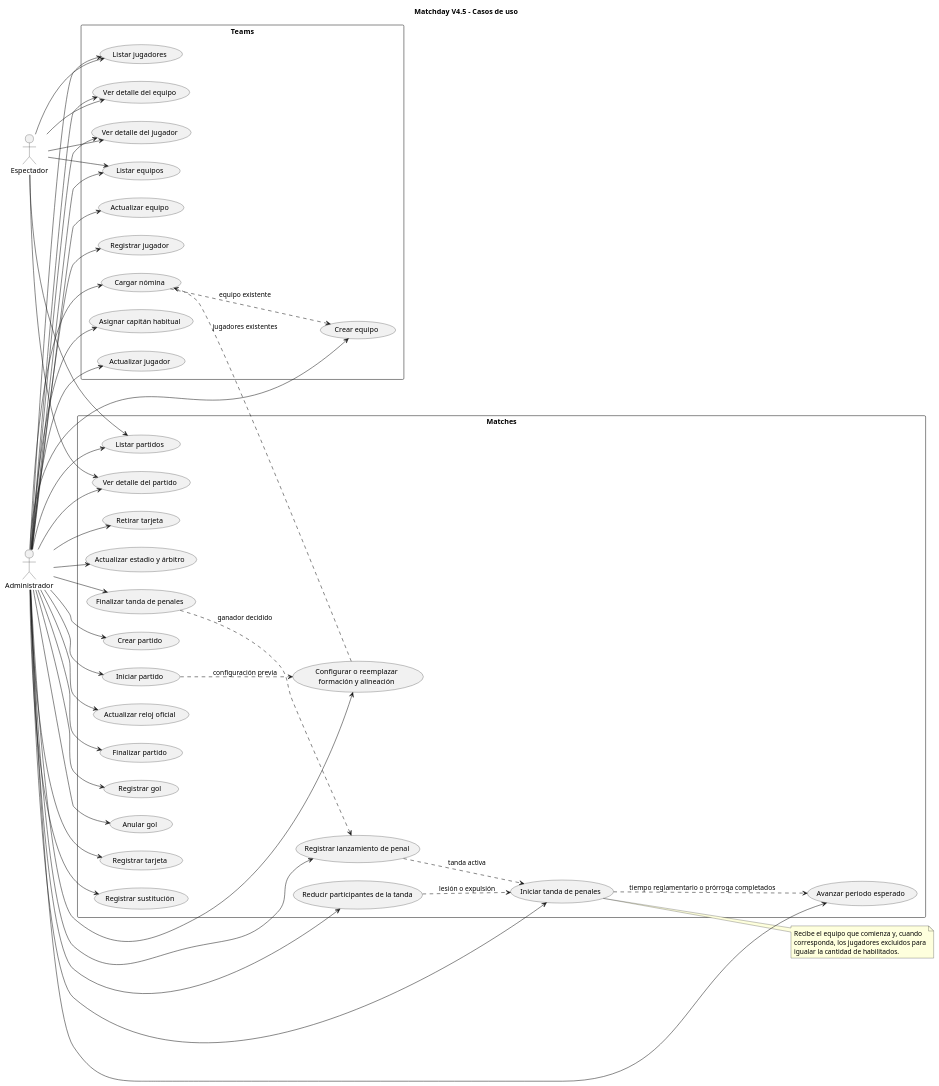
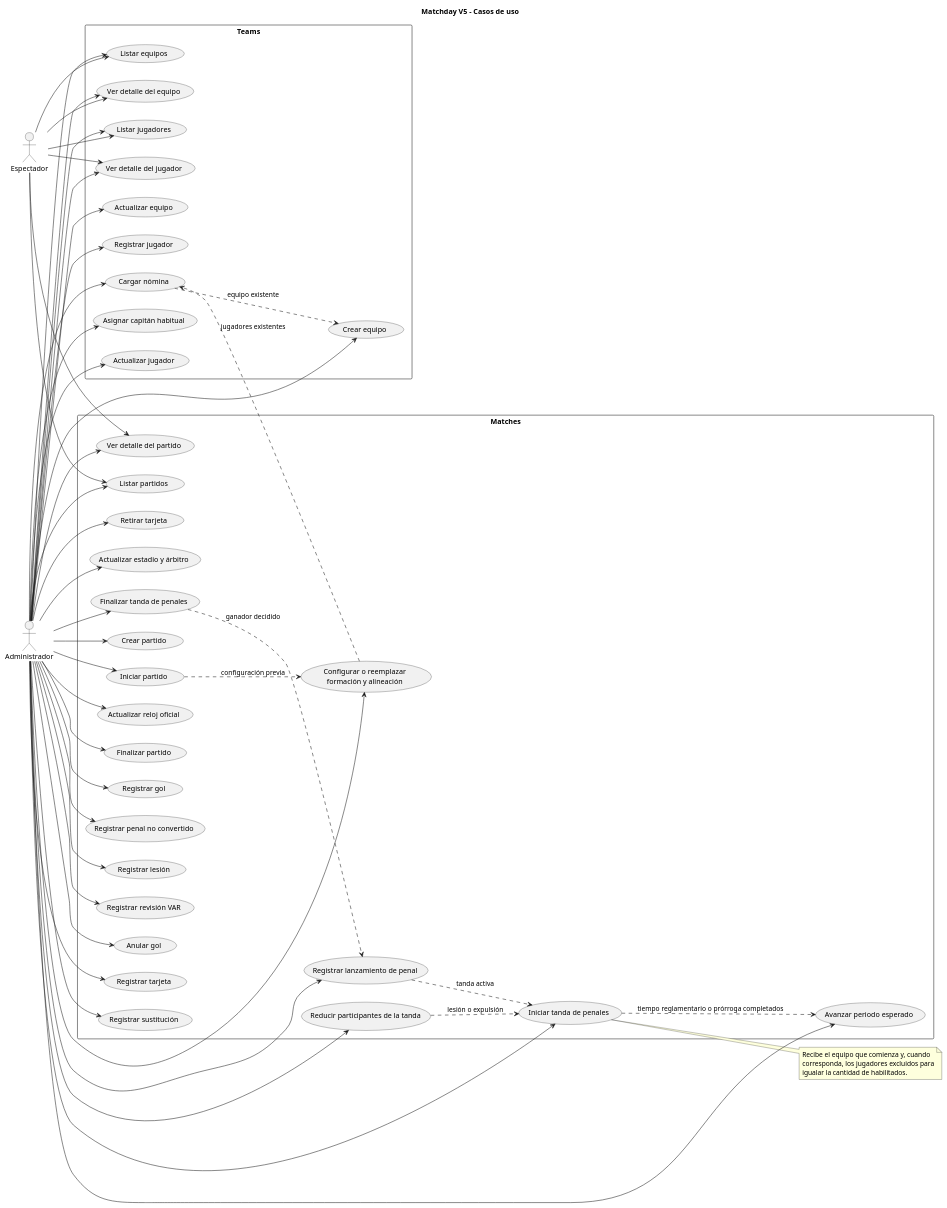
The diagram in docs/diagrams/use-cases.puml (JaredDet/Match-Day), drawn with PlantUML before and after one commit. The commit also changed 58 other files, not shown here.

```diff
--- a/docs/diagrams/use-cases.puml
+++ b/docs/diagrams/use-cases.puml
@@ -1,93 +1,99 @@
 @startuml Matchday Use Cases
-title Matchday V4.5 - Casos de uso
+title Matchday V5 - Casos de uso
 
 left to right direction
 skinparam packageStyle rectangle
 
 actor Administrador as Admin
 actor Espectador as Viewer
 
 rectangle "Teams" {
   usecase "Crear equipo" as CreateTeam
   usecase "Actualizar equipo" as UpdateTeam
   usecase "Registrar jugador" as RegisterPlayer
   usecase "Cargar nómina" as RegisterSquad
   usecase "Asignar capitán habitual" as SetCaptain
   usecase "Actualizar jugador" as UpdatePlayer
   usecase "Listar equipos" as ListTeams
   usecase "Ver detalle del equipo" as GetTeam
   usecase "Listar jugadores" as ListPlayers
   usecase "Ver detalle del jugador" as GetPlayer
 }
 
 rectangle "Matches" {
   usecase "Crear partido" as CreateMatch
   usecase "Configurar o reemplazar\nformación y alineación" as SetLineup
   usecase "Iniciar partido" as StartMatch
   usecase "Avanzar periodo esperado" as AdvancePeriod
   usecase "Actualizar reloj oficial" as UpdateClock
   usecase "Finalizar partido" as FinishMatch
   usecase "Registrar gol" as RegisterGoal
+  usecase "Registrar penal no convertido" as RegisterPenaltyAttempt
+  usecase "Registrar lesión" as RegisterInjury
+  usecase "Registrar revisión VAR" as RegisterVarReview
   usecase "Anular gol" as DisallowGoal
   usecase "Registrar tarjeta" as RegisterCard
   usecase "Registrar sustitución" as RegisterSubstitution
   usecase "Retirar tarjeta" as RescindCard
   usecase "Actualizar estadio y árbitro" as UpdateDetails
   usecase "Listar partidos" as ListMatches
   usecase "Ver detalle del partido" as GetMatch
   usecase "Iniciar tanda de penales" as StartShootout
   usecase "Registrar lanzamiento de penal" as RegisterShootoutKick
   usecase "Reducir participantes de la tanda" as ReduceShootoutParticipants
   usecase "Finalizar tanda de penales" as FinishShootout
 }
 
 Admin --> CreateTeam
 Admin --> UpdateTeam
 Admin --> RegisterPlayer
 Admin --> RegisterSquad
 Admin --> SetCaptain
 Admin --> UpdatePlayer
 Admin --> ListTeams
 Admin --> GetTeam
 Admin --> ListPlayers
 Admin --> GetPlayer
 Admin --> CreateMatch
 Admin --> SetLineup
 Admin --> StartMatch
 Admin --> AdvancePeriod
 Admin --> UpdateClock
 Admin --> FinishMatch
 Admin --> RegisterGoal
+Admin --> RegisterPenaltyAttempt
+Admin --> RegisterInjury
+Admin --> RegisterVarReview
 Admin --> DisallowGoal
 Admin --> RegisterCard
 Admin --> RegisterSubstitution
 Admin --> RescindCard
 Admin --> UpdateDetails
 Admin --> ListMatches
 Admin --> GetMatch
 Admin --> StartShootout
 Admin --> RegisterShootoutKick
 Admin --> ReduceShootoutParticipants
 Admin --> FinishShootout
 Viewer --> ListMatches
 Viewer --> GetMatch
 Viewer --> ListTeams
 Viewer --> GetTeam
 Viewer --> ListPlayers
 Viewer --> GetPlayer
 
 StartShootout ..> AdvancePeriod : tiempo reglamentario o prórroga completados
 RegisterShootoutKick ..> StartShootout : tanda activa
 ReduceShootoutParticipants ..> StartShootout : lesión o expulsión
 FinishShootout ..> RegisterShootoutKick : ganador decidido
 
 note right of StartShootout
   Recibe el equipo que comienza y, cuando
   corresponda, los jugadores excluidos para
   igualar la cantidad de habilitados.
 end note
 
 RegisterSquad ..> CreateTeam : equipo existente
 SetLineup ..> RegisterSquad : jugadores existentes
 StartMatch ..> SetLineup : configuración previa
 @enduml
```
